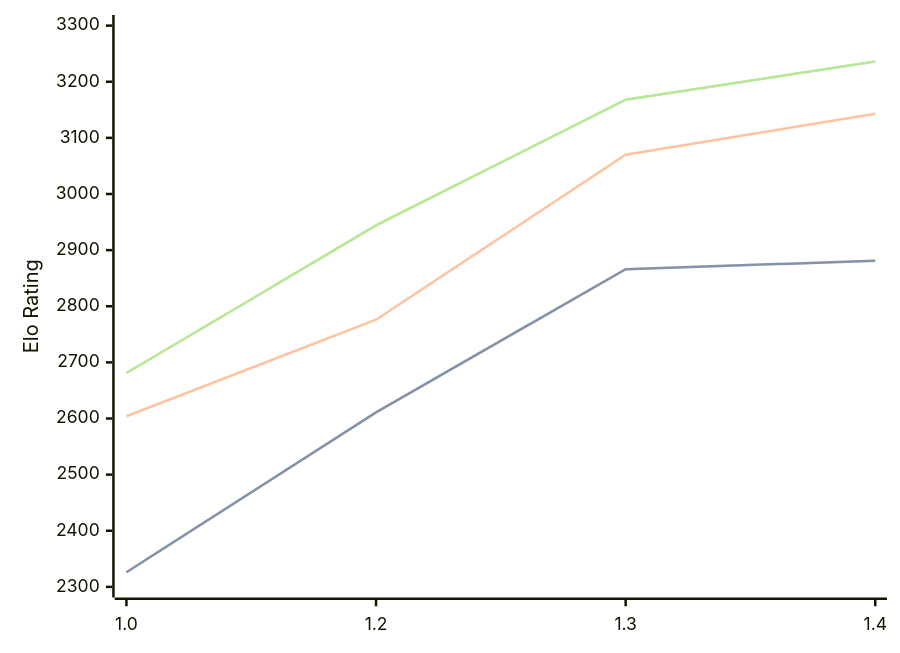
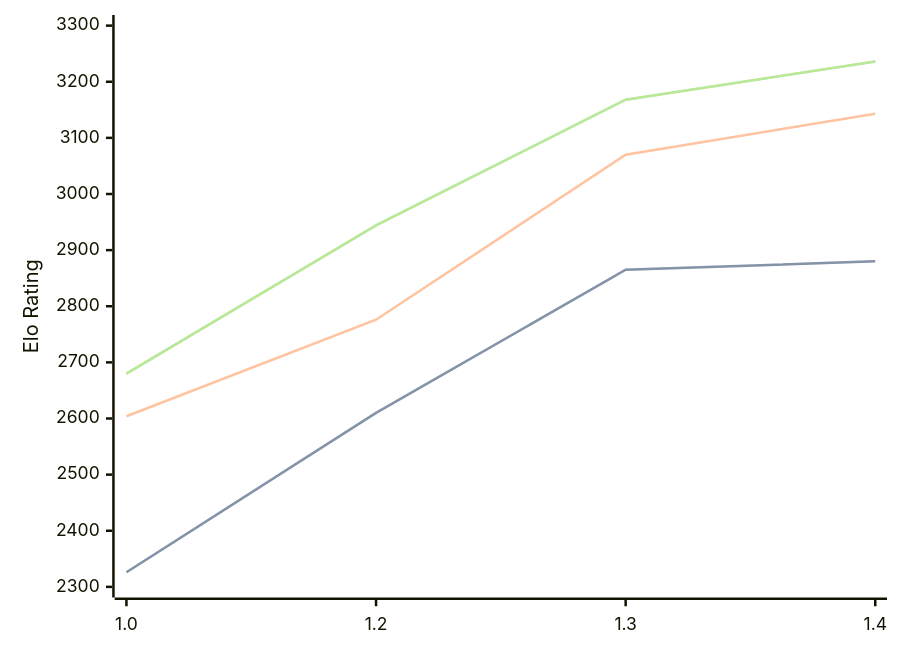
The diagram in engines/Chessnix.md (computer-chess-index/cci), drawn with Mermaid before and after one commit. The commit also changed other lines of this file, not shown here.

Commit message:
Update CCI Ratings (ELO VLTC) - 2026-09-23

````diff
--- a/engines/Chessnix.md
+++ b/engines/Chessnix.md
@@ -34,11 +34,11 @@
 ```mermaid
 %%{init: {"theme":"base","themeVariables":{"seriesColors:['#a3a3a3','#222221','#faa371']}}}%%
 xychart-beta
   x-axis ["1.0", "1.2", "1.3", "1.4"]
   y-axis "Elo Rating" 2300 --> 3300
-  line "" [2326, 2611, 2866, 2881]
-  line "STC (8.0+0.08s)" [2326, 2611, 2866, 2881]
+  line "" [2326, 2610, 2865, 2880]
+  line "STC (8.0+0.08s)" [2326, 2610, 2865, 2880]
   line "LTC (60.0+0.60s)" [2604, 2776, 3070, 3143]
-  line "" [2681, 2944, 3168, 3236]
-  line "VLTC (2m24s+1.12s)" [2681, 2944, 3168, 3236]
+  line "" [2680, 2944, 3168, 3236]
+  line "VLTC (2m24s+1.12s)" [2680, 2944, 3168, 3236]
 ```
````
